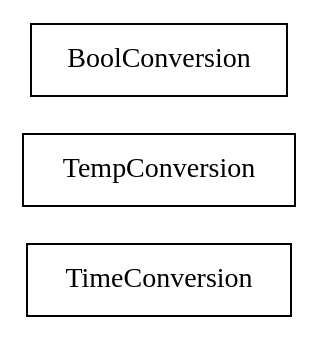
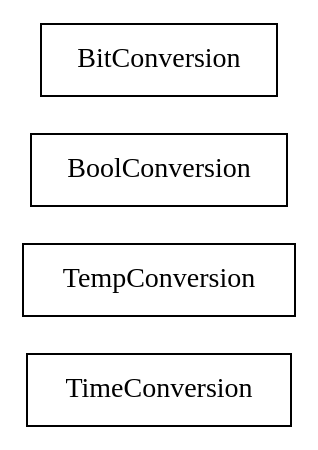
Before and after one commit to sekati/sasapi: the diagram in docs/com/sekati/convert/classes.dot, drawn with Graphviz. The commit also changed 46 other files, not shown here.

```diff
--- a/docs/com/sekati/convert/classes.dot
+++ b/docs/com/sekati/convert/classes.dot
@@ -1,21 +1,27 @@
 strict digraph class_diagram {
   rankdir=LR;
   TypeTimeConversion[
     label="TimeConversion",
     URL="TimeConversion.html",
     tooltip="com.sekati.convert.TimeConversion",
     shape="record"
   ];
   TypeTempConversion[
     label="TempConversion",
     URL="TempConversion.html",
     tooltip="com.sekati.convert.TempConversion",
     shape="record"
   ];
   TypeBoolConversion[
     label="BoolConversion",
     URL="BoolConversion.html",
     tooltip="com.sekati.convert.BoolConversion",
     shape="record"
   ];
+  TypeBitConversion[
+    label="BitConversion",
+    URL="BitConversion.html",
+    tooltip="com.sekati.convert.BitConversion",
+    shape="record"
+  ];
 }
```
